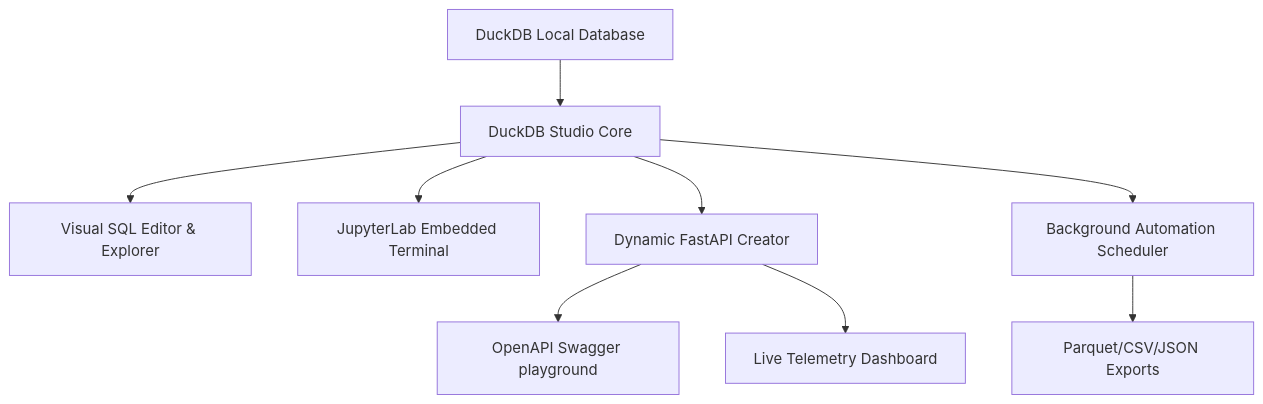
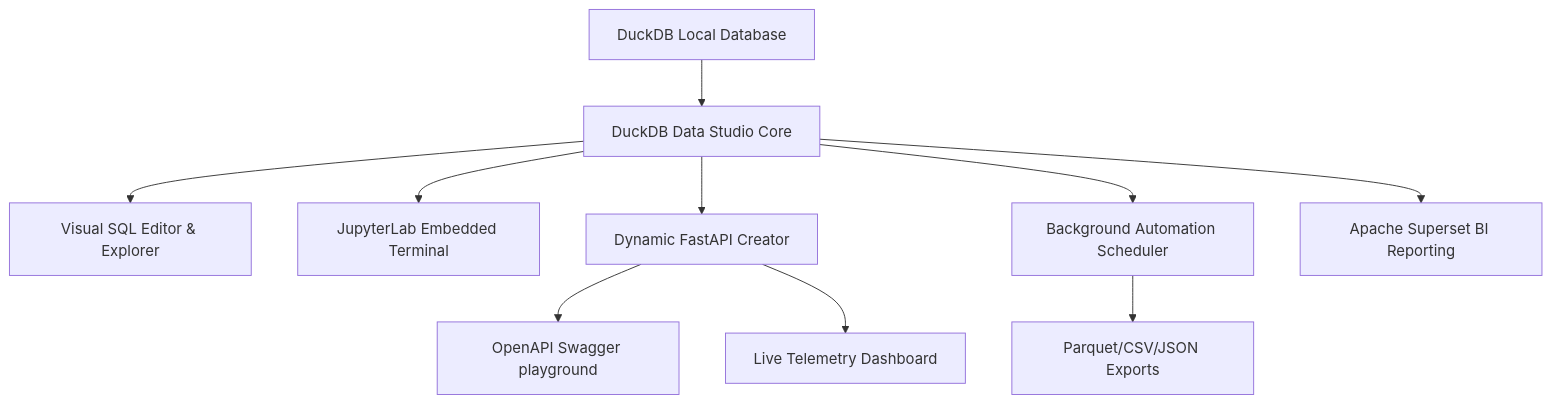
Before and after one commit to MuggenM/duckdb-data-studio: the diagram in README.md, drawn with Mermaid. The commit also changed other lines of this file, not shown here.

Commit message:
docs: rename project to DuckDB Data Studio and update features in README.md

````diff
--- a/README.md
+++ b/README.md
@@ -35,13 +35,14 @@
 ```mermaid
 graph TD
-    A[DuckDB Local Database] --> B[DuckDB Studio Core]
+    A[DuckDB Local Database] --> B[DuckDB Data Studio Core]
     B --> C[Visual SQL Editor & Explorer]
     B --> D[JupyterLab Embedded Terminal]
     B --> E[Dynamic FastAPI Creator]
     B --> F[Background Automation Scheduler]
+    B --> G[Apache Superset BI Reporting]
     
-    E --> G[OpenAPI Swagger playground]
-    E --> H[Live Telemetry Dashboard]
+    E --> H[OpenAPI Swagger playground]
+    E --> I[Live Telemetry Dashboard]
     
-    F --> I[Parquet/CSV/JSON Exports]
+    F --> J[Parquet/CSV/JSON Exports]
 ```
````
